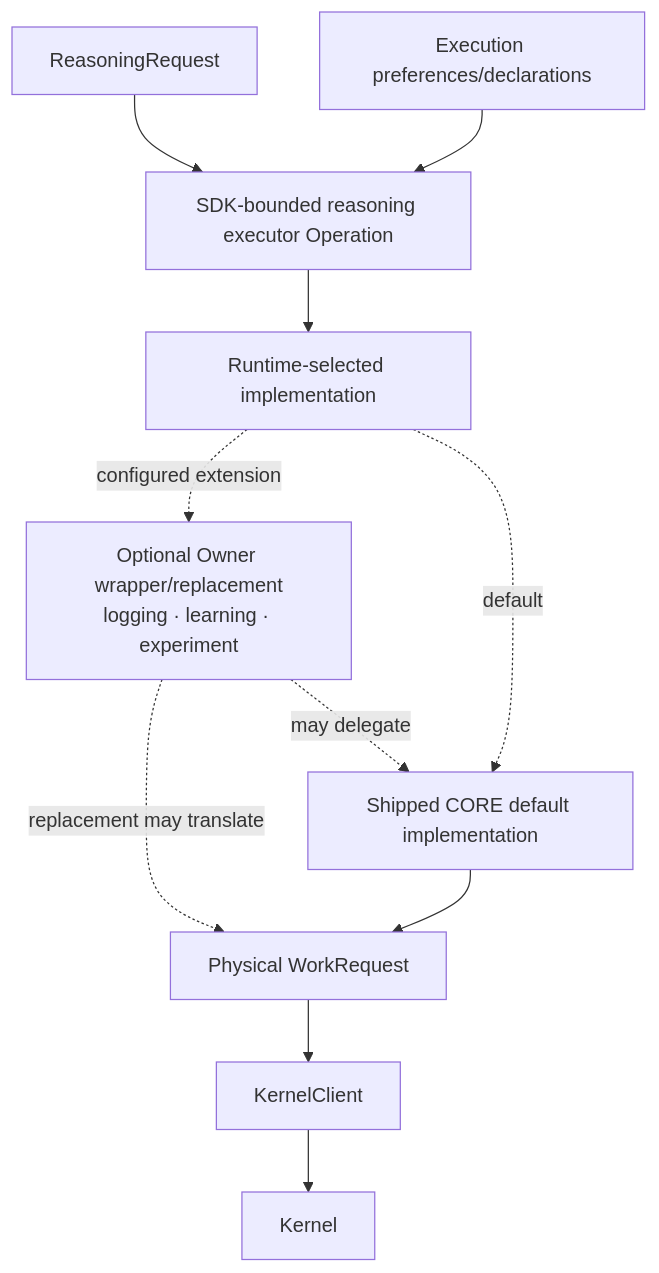
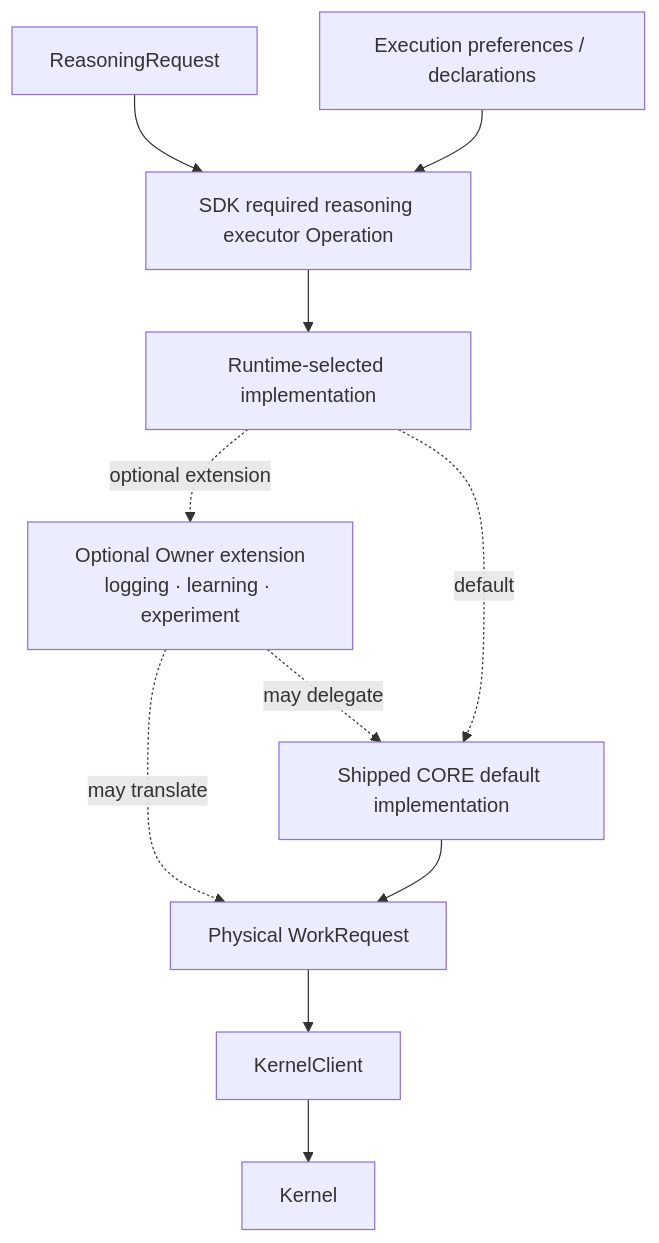
The ninth of 12 diagrams in docs/architecture/mid-level-architecture.md (DidacLL/MADRE), drawn with Mermaid before and after one commit. The commit also changed other lines of this file, not shown here.

Commit message:
docs: restore SPIRA contracts in mid-level architecture

````diff
--- a/docs/architecture/mid-level-architecture.md
+++ b/docs/architecture/mid-level-architecture.md
@@ -285,23 +440,23 @@
 ```mermaid
 flowchart TB
-    RR[ReasoningRequest]
-    EP[Execution preferences/declarations]
-    SDK[SDK-bounded reasoning executor Operation]
-    REG[Runtime-selected implementation]
-    EXT[Optional Owner wrapper/replacement<br/>logging · learning · experiment]
-    CORE[Shipped CORE default implementation]
-    W[Physical WorkRequest]
-    KC[KernelClient]
-    K[Kernel]
+    RR["ReasoningRequest"]
+    EP["Execution preferences / declarations"]
+    OP["SDK required reasoning executor Operation"]
+    SEL["Runtime-selected implementation"]
+    EXT["Optional Owner extension<br/>logging · learning · experiment"]
+    CORE["Shipped CORE default implementation"]
+    W["Physical WorkRequest"]
+    KC["KernelClient"]
+    K["Kernel"]
 
-    RR --> SDK
-    EP --> SDK
-    SDK --> REG
-    REG -. configured extension .-> EXT
+    RR --> OP
+    EP --> OP
+    OP --> SEL
+    SEL -. optional extension .-> EXT
     EXT -. may delegate .-> CORE
-    REG -. default .-> CORE
-    EXT -. replacement may translate .-> W
+    SEL -. default .-> CORE
+    EXT -. may translate .-> W
     CORE --> W
     W --> KC
     KC --> K
 ```
````
